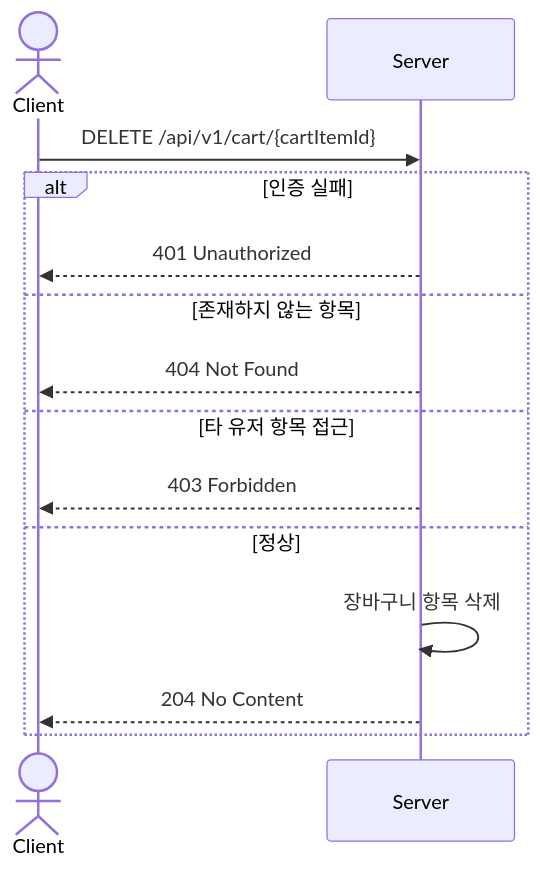
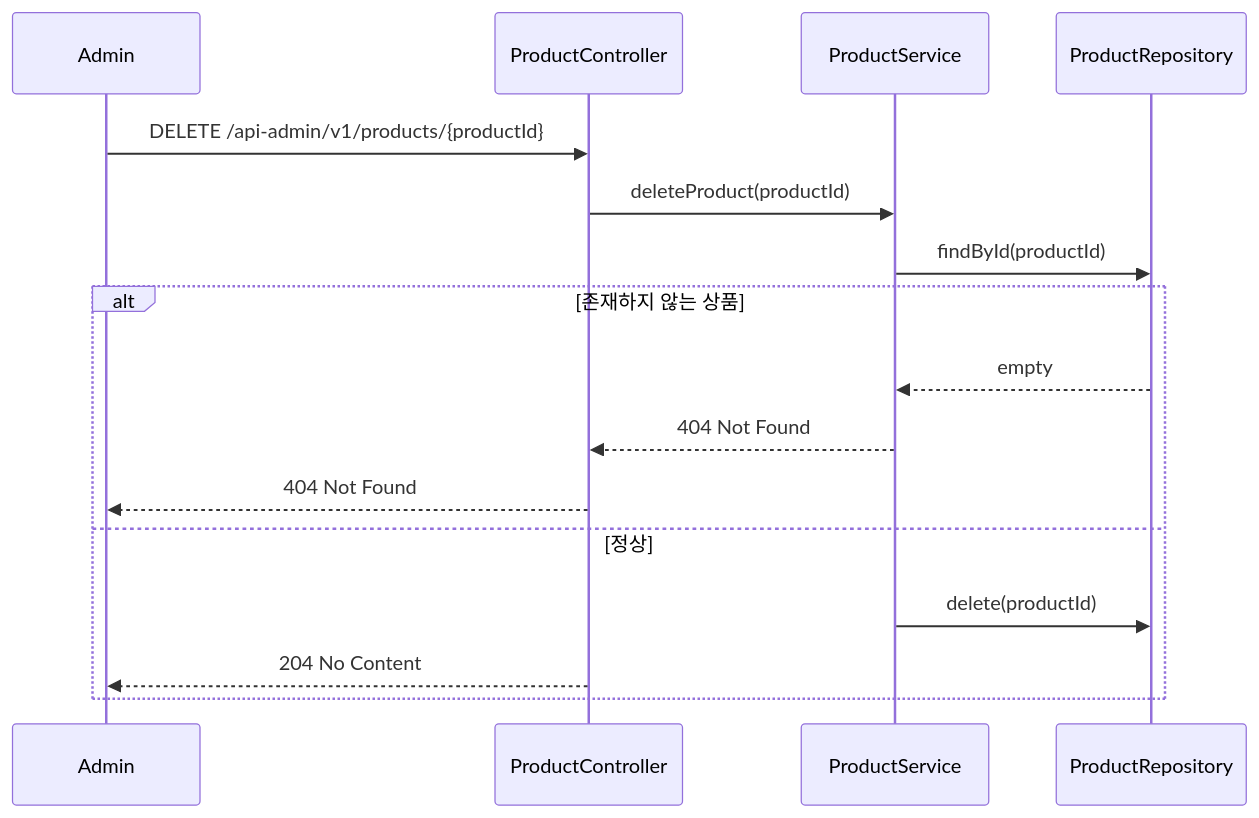
Before and after one commit to loopers-labs/loop-pack-be-l2-vol4-java: diagram 15 of 34 in .docs/design/sequence-diagrams.md, drawn with Mermaid. The commit also changed other lines of this file and 1 other file, not shown here.

Commit message:
fix: 관리자 모듈 지우고 각 브랜드&상품-어드민, 주문-어드민으로 분리 브랜드&상품 누락 유스케이스 추가 어드민 권한 확인 로직 main flow 에 추가

````diff
--- a/.docs/design/sequence-diagrams.md
+++ b/.docs/design/sequence-diagrams.md
@@ -333,17 +361,20 @@
 ```mermaid
 sequenceDiagram
-    actor Client
-    participant Server
+    participant Admin
+    participant ProductController
+    participant ProductService
+    participant ProductRepository
 
-    Client->>Server: DELETE /api/v1/cart/{cartItemId}
-    alt 인증 실패
-        Server-->>Client: 401 Unauthorized
-    else 존재하지 않는 항목
-        Server-->>Client: 404 Not Found
-    else 타 유저 항목 접근
-        Server-->>Client: 403 Forbidden
+    Admin->>ProductController: DELETE /api-admin/v1/products/{productId}
+    ProductController->>ProductService: deleteProduct(productId)
+    ProductService->>ProductRepository: findById(productId)
+
+    alt 존재하지 않는 상품
+        ProductRepository-->>ProductService: empty
+        ProductService-->>ProductController: 404 Not Found
+        ProductController-->>Admin: 404 Not Found
     else 정상
-        Server->>Server: 장바구니 항목 삭제
-        Server-->>Client: 204 No Content
+        ProductService->>ProductRepository: delete(productId)
+        ProductController-->>Admin: 204 No Content
     end
 ```
````
